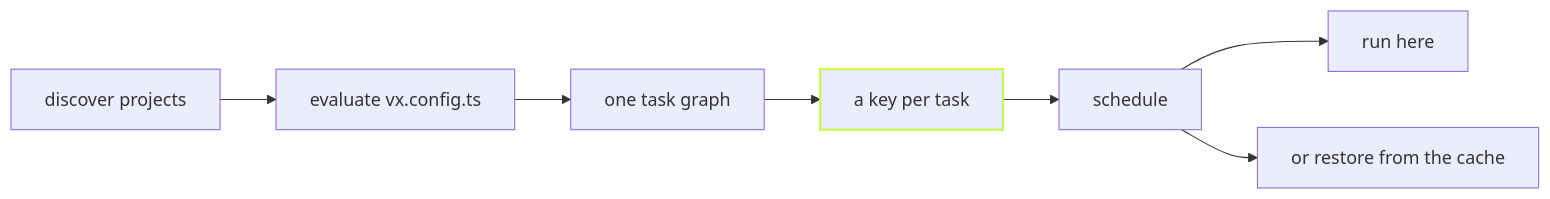
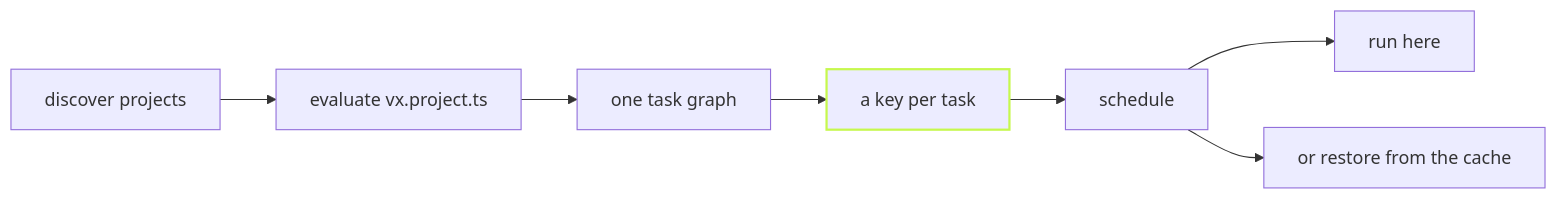
One commit to vznjs/vx changed the diagram in packages/vx-docs/src/content/docs/blog/hello-vx.md. Above: the diagram before and after it, drawn with Mermaid. The commit also changed 454 other files, not shown here.

First line of the commit message:
refactor!: rename vx.config.* to vx.project.*, vx-lock.json to vx.lock.json

````diff
--- a/packages/vx-docs/src/content/docs/blog/hello-vx.md
+++ b/packages/vx-docs/src/content/docs/blog/hello-vx.md
@@ -15,10 +15,10 @@
 ```mermaid
 flowchart LR
-  D[discover projects] --> C[evaluate vx.config.ts]
+  D[discover projects] --> C[evaluate vx.project.ts]
   C --> G[one task graph]
   G --> K[a key per task]
   K --> S[schedule]
   S --> R[run here]
   S --> X[or restore from the cache]
   style K stroke:#c6f84e,stroke-width:2px
 ```
````
